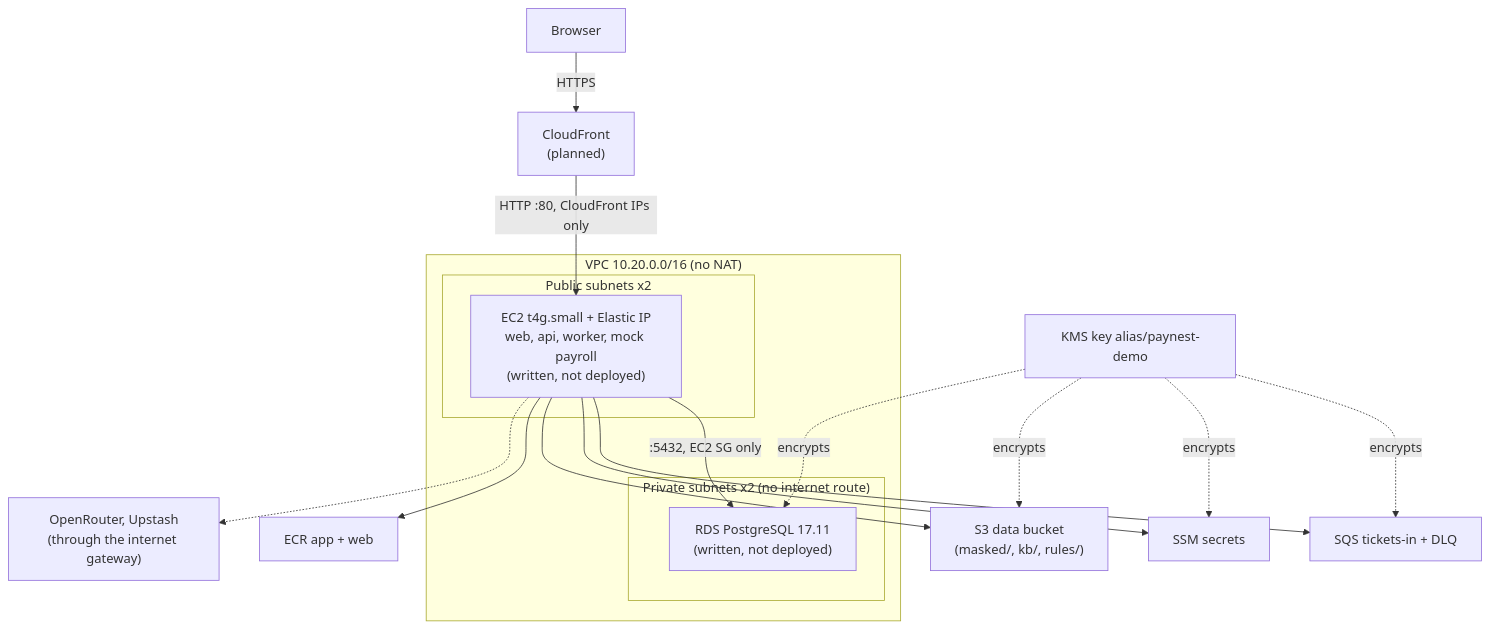
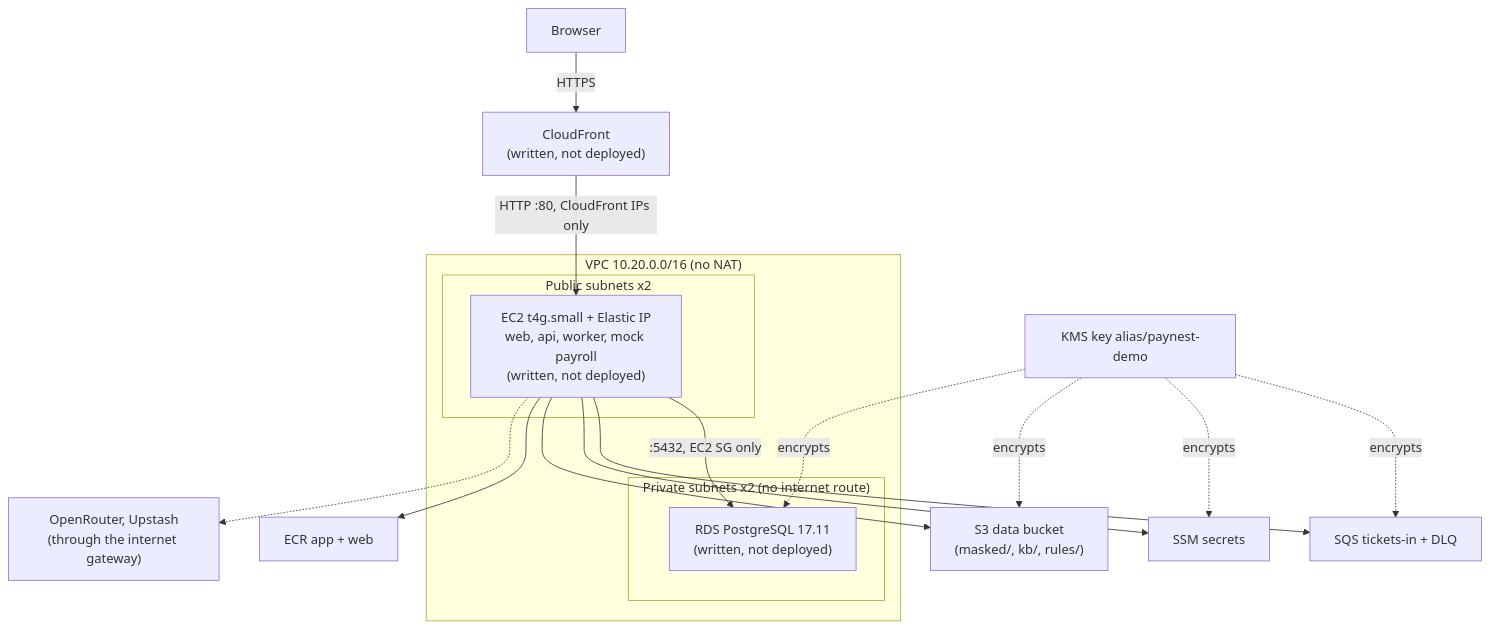
The second of 5 diagrams in docs/architecture.md (aarushisinghalfde/paynest), drawn with Mermaid before and after one commit. The commit also changed other lines of this file and 6 other files, not shown here.

Commit message:
Phase 2: GitHub Actions release builds, CloudFront stack, docs/architecture.md, README reviewer section

````diff
--- a/docs/architecture.md
+++ b/docs/architecture.md
@@ -68,23 +68,23 @@
 ```mermaid
 flowchart TB
-  U["Browser"] -->|HTTPS| CF["CloudFront<br/>(planned)"]
+  U["Browser"] -->|HTTPS| CF["CloudFront<br/>(written, not deployed)"]
   subgraph VPC["VPC 10.20.0.0/16 (no NAT)"]
     subgraph PUB["Public subnets x2"]
       EC2["EC2 t4g.small + Elastic IP<br/>web, api, worker, mock payroll<br/>(written, not deployed)"]
     end
     subgraph PRIV["Private subnets x2 (no internet route)"]
       RDS["RDS PostgreSQL 17.11<br/>(written, not deployed)"]
     end
   end
   CF -->|"HTTP :80, CloudFront IPs only"| EC2
   EC2 -->|":5432, EC2 SG only"| RDS
   EC2 --> SQS["SQS tickets-in + DLQ"]
   EC2 --> SSM["SSM secrets"]
   EC2 --> S3["S3 data bucket<br/>(masked/, kb/, rules/)"]
   EC2 --> ECR["ECR app + web"]
   EC2 -.-> EXT["OpenRouter, Upstash<br/>(through the internet gateway)"]
   KMS["KMS key alias/paynest-demo"] -. encrypts .-> SQS
   KMS -. encrypts .-> SSM
   KMS -. encrypts .-> S3
   KMS -. encrypts .-> RDS
 ```
````
